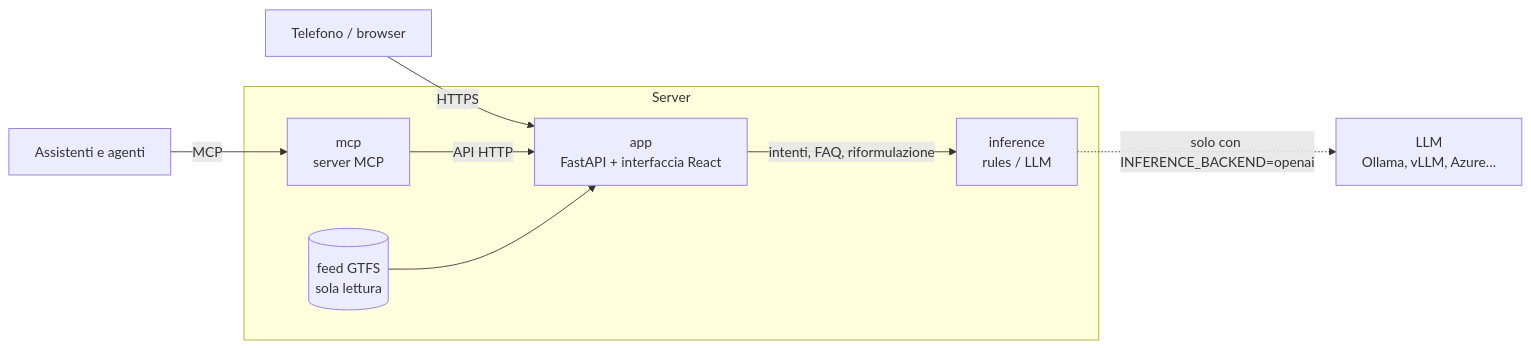
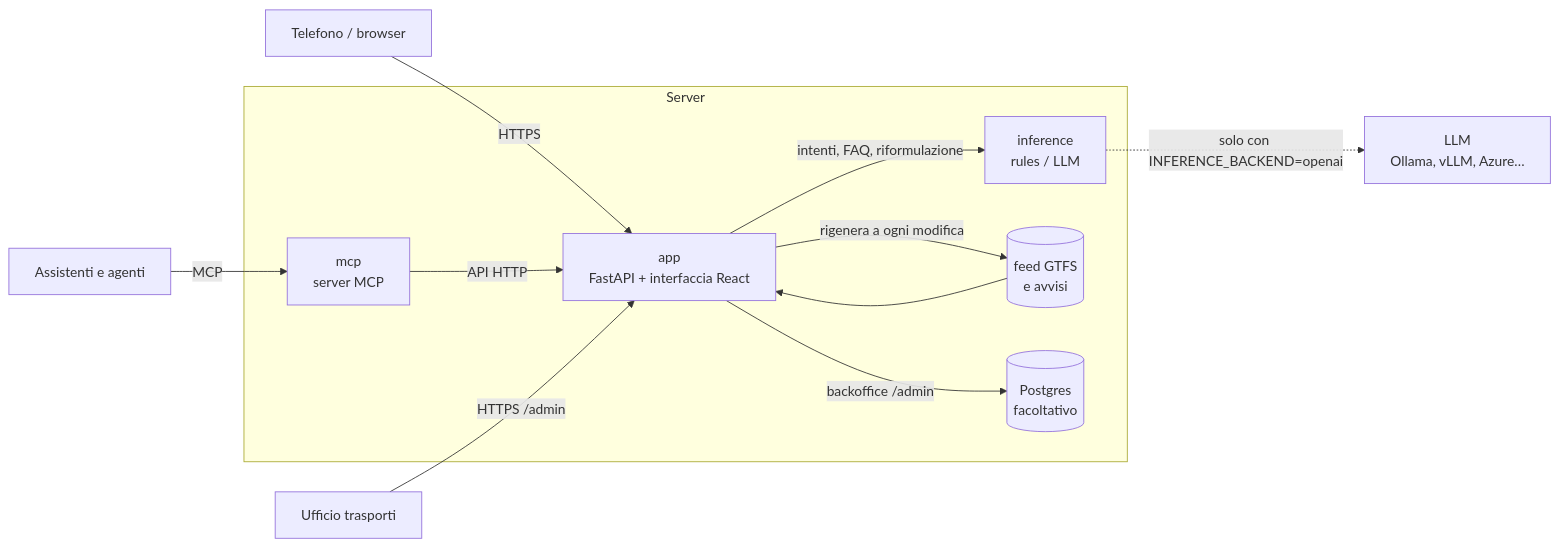
One commit to agent-engineering-studio/quandopassa changed the diagram in docs/architettura.md. Above: the diagram before and after it, drawn with Mermaid. The commit also changed other lines of this file and 54 other files, not shown here.

First line of the commit message:
Backoffice con Postgres e avvisi di servizio, installazione su VM senza Docker

````diff
--- a/docs/architettura.md
+++ b/docs/architettura.md
@@ -8,11 +8,14 @@
 ```mermaid
 flowchart LR
   T[Telefono / browser] -->|HTTPS| A
   subgraph Server
     A[app<br>FastAPI + interfaccia React] -->|intenti, FAQ, riformulazione| I[inference<br>rules / LLM]
     M[mcp<br>server MCP] -->|API HTTP| A
-    G[(feed GTFS<br>sola lettura)] --> A
+    G[(feed GTFS<br>e avvisi)] --> A
+    A -->|backoffice /admin| D[(Postgres<br>facoltativo)]
+    A -->|rigenera a ogni modifica| G
   end
   X[Assistenti e agenti] -->|MCP| M
+  U[Ufficio trasporti] -->|HTTPS /admin| A
   I -.->|solo con INFERENCE_BACKEND=openai| L[LLM<br>Ollama, vLLM, Azure…]
 ```
````
